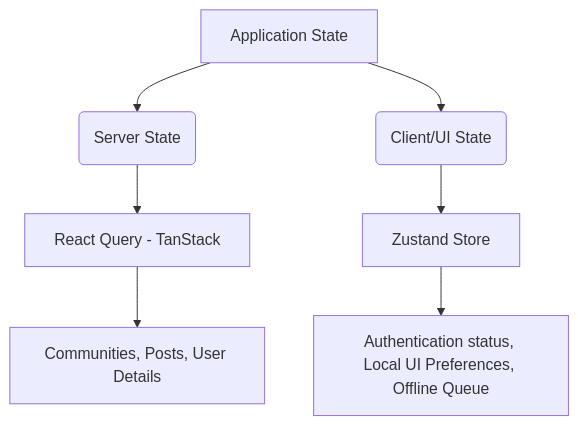
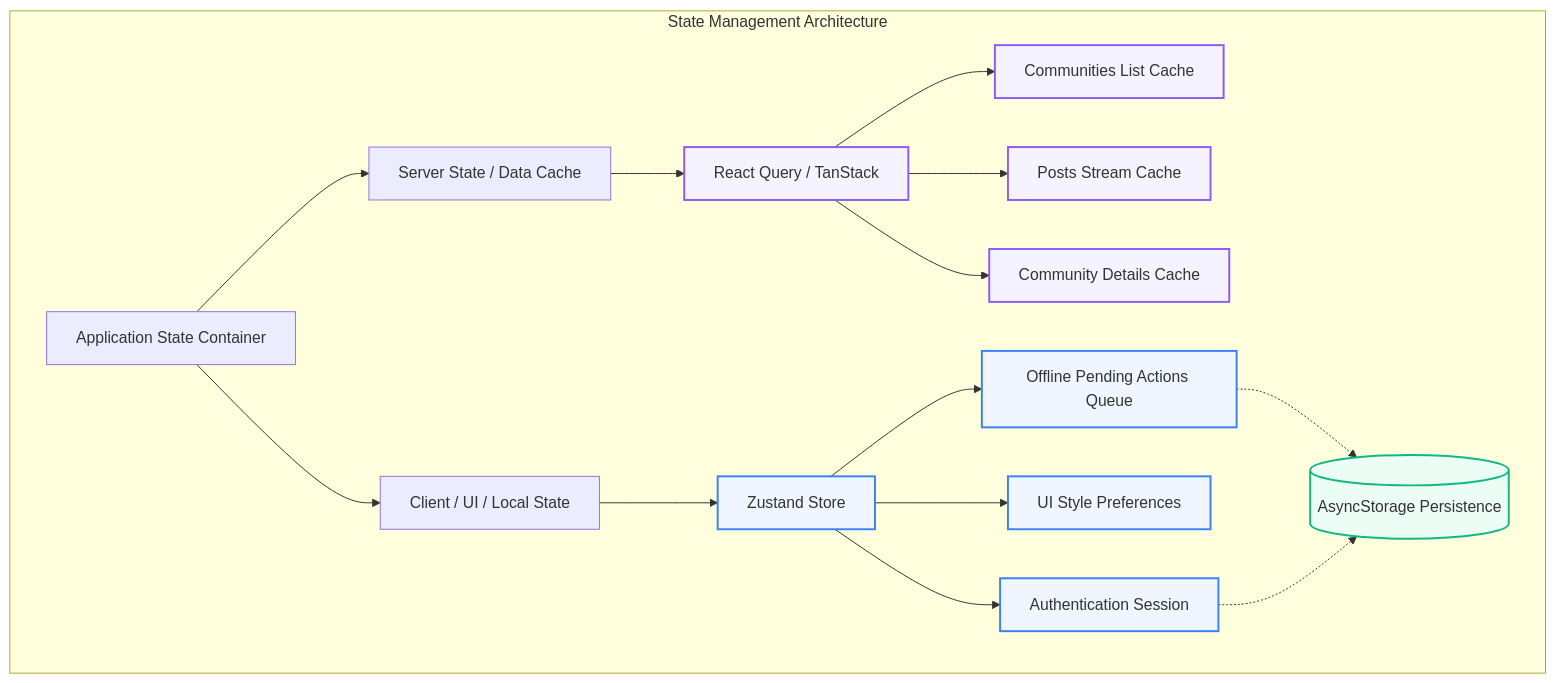
Before and after one commit to hi-kuldeep/communityHub: the first of 3 diagrams in README.md, drawn with Mermaid. The commit also changed other lines of this file and 4 other files, not shown here.

````diff
--- a/README.md
+++ b/README.md
@@ -119,9 +68,25 @@
 ```mermaid
 graph TD
-    A[Application State] --> B(Server State)
-    A --> C(Client/UI State)
-    B --> D[React Query - TanStack]
-    C --> E[Zustand Store]
-    D --> F[Communities, Posts, User Details]
-    E --> G[Authentication status, Local UI Preferences, Offline Queue]
+    classDef server fill:#f5f3ff,stroke:#8b5cf6,stroke-width:2px;
+    classDef client fill:#eff6ff,stroke:#3b82f6,stroke-width:2px;
+    classDef native fill:#ecfdf5,stroke:#10b981,stroke-width:2px;
+
+    subgraph State Management Architecture
+        App[Application State Container] --> Server[Server State / Data Cache]
+        App --> Client[Client / UI / Local State]
+        
+        Server --> RQ[React Query / TanStack]:::server
+        Client --> Z[Zustand Store]:::client
+        
+        RQ --> C1[Communities List Cache]:::server
+        RQ --> C2[Posts Stream Cache]:::server
+        RQ --> C3[Community Details Cache]:::server
+        
+        Z --> Z1[Authentication Session]:::client
+        Z --> Z2[UI Style Preferences]:::client
+        Z --> Z3[Offline Pending Actions Queue]:::client
+        
+        Z3 -.-> AS[(AsyncStorage Persistence)]:::native
+        Z1 -.-> AS
+    end
 ```
````
